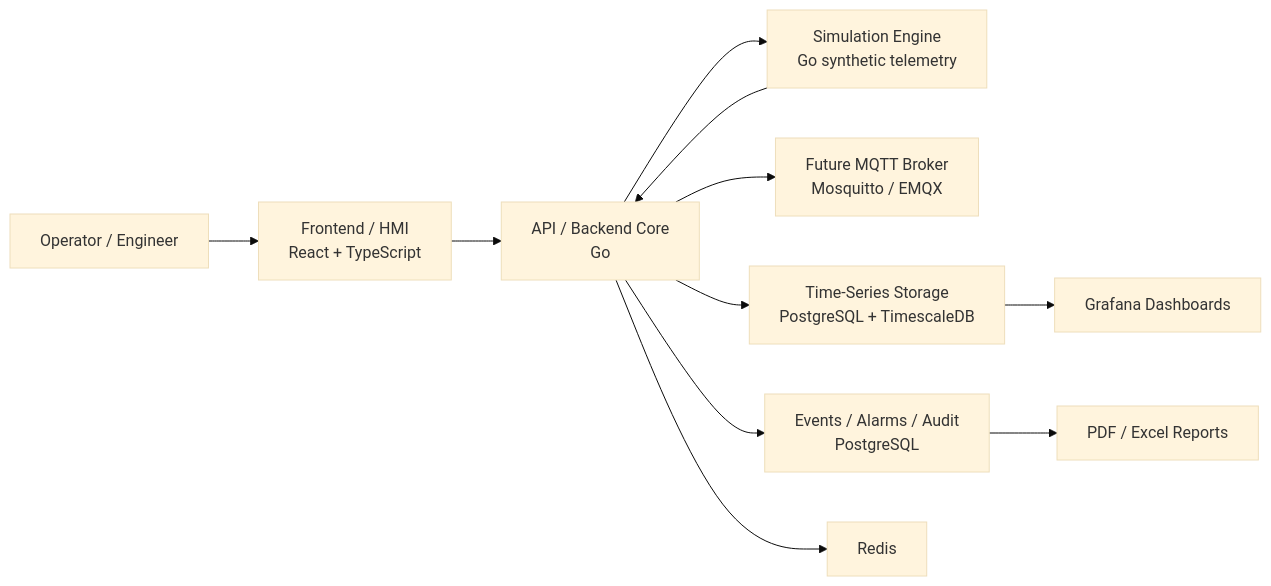
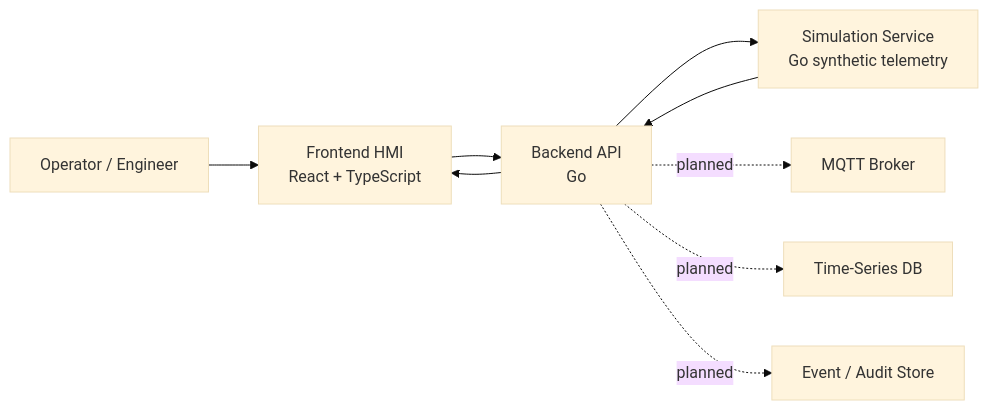
Before and after one commit to dimbo1324/smr-digital-twin-platform-r: the diagram in README.md, drawn with Mermaid (base theme). The commit also changed other lines of this file and 79 other files, not shown here.

````diff
--- a/README.md
+++ b/README.md
@@ -17,13 +71,11 @@
 ```mermaid
 flowchart LR
-    Operator["Operator / Engineer"] --> Frontend["Frontend / HMI<br/>React + TypeScript"]
-    Frontend --> API["API / Backend Core<br/>Go"]
-    API --> Simulation["Simulation Engine<br/>Go synthetic telemetry"]
-    API --> MQTT["Future MQTT Broker<br/>Mosquitto / EMQX"]
+    Operator["Operator / Engineer"] --> Frontend["Frontend HMI<br/>React + TypeScript"]
+    Frontend --> API["Backend API<br/>Go"]
+    API --> Simulation["Simulation Service<br/>Go synthetic telemetry"]
     Simulation --> API
-    API --> TSDB["Time-Series Storage<br/>PostgreSQL + TimescaleDB"]
-    API --> Events["Events / Alarms / Audit<br/>PostgreSQL"]
-    API --> Cache["Redis"]
-    TSDB --> Grafana["Grafana Dashboards"]
-    Events --> Reports["PDF / Excel Reports"]
+    API --> Frontend
+    API -. planned .-> MQTT["MQTT Broker"]
+    API -. planned .-> TSDB["Time-Series DB"]
+    API -. planned .-> Events["Event / Audit Store"]
 ```
````
